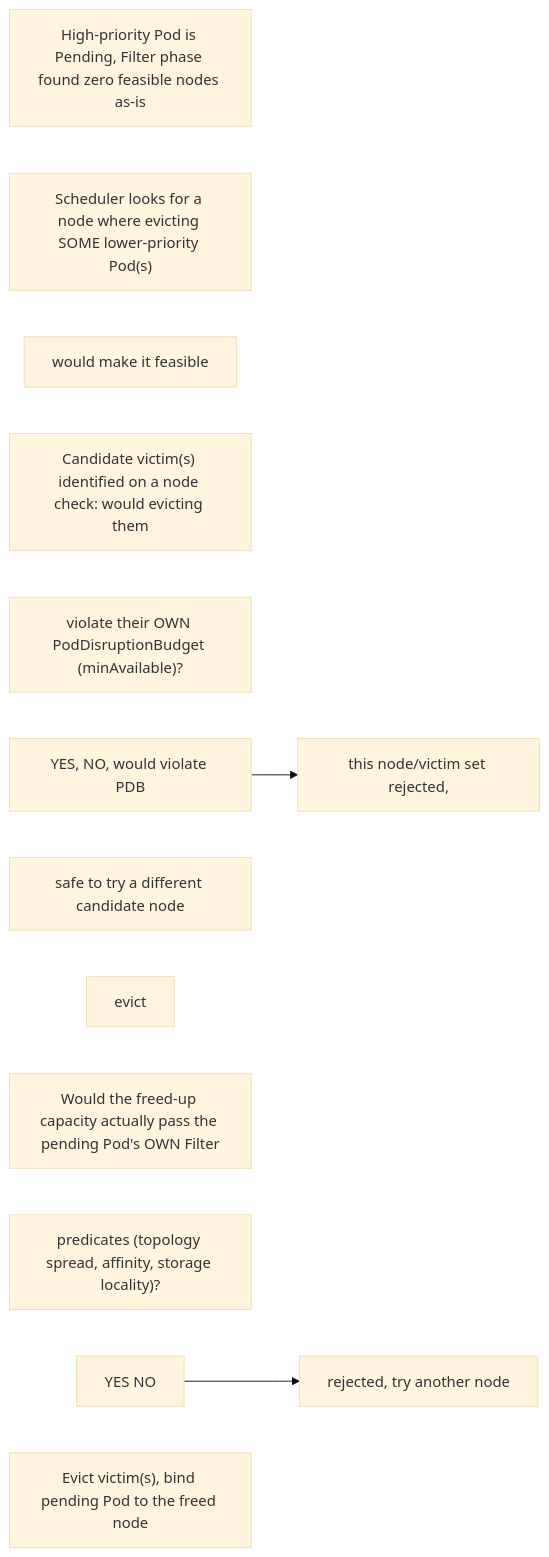
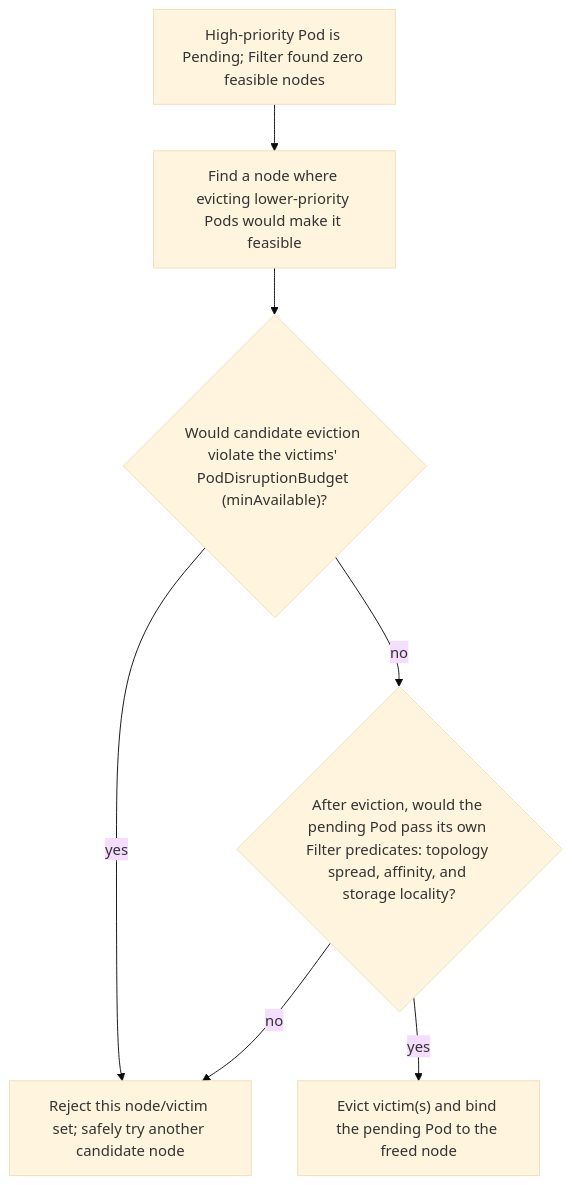
Before and after one commit to jithinpnjm/nvidia-devops: the diagram in docs/volume-03/12-senior-deep-dive-3-scheduling-framework-preemption-gang-topology-and-dra.md, drawn with Mermaid (base theme). The commit also changed other lines of this file and 99 other files, not shown here.

````diff
--- a/docs/volume-03/12-senior-deep-dive-3-scheduling-framework-preemption-gang-topology-and-dra.md
+++ b/docs/volume-03/12-senior-deep-dive-3-scheduling-framework-preemption-gang-topology-and-dra.md
@@ -35,20 +35,9 @@
 ```mermaid
-flowchart LR
-  %% Converted from the original ASCII diagram; source wording is preserved.
-  n0["High-priority Pod is Pending, Filter phase found zero feasible nodes as-is"]
-  n1["Scheduler looks for a node where evicting SOME lower-priority Pod(s)"]
-  n2["would make it feasible"]
-  n3["Candidate victim(s) identified on a node check: would evicting them"]
-  n4["violate their OWN PodDisruptionBudget (minAvailable)?"]
-  n5["YES, NO, would violate PDB"]
-  n6["this node/victim set rejected,"]
-  n7["safe to try a different candidate node"]
-  n8["evict"]
-  n9["Would the freed-up capacity actually pass the pending Pod's OWN Filter"]
-  n10["predicates (topology spread, affinity, storage locality)?"]
-  n11["YES NO"]
-  n12["rejected, try another node"]
-  n13["Evict victim(s), bind pending Pod to the freed node"]
-  n5 --> n6
-  n11 --> n12
+flowchart TD
+  Pending["High-priority Pod is Pending; Filter found zero feasible nodes"] --> Search["Find a node where evicting lower-priority Pods would make it feasible"]
+  Search --> PDB{"Would candidate eviction violate the victims' PodDisruptionBudget (minAvailable)?"}
+  PDB -->|"yes"| Reject["Reject this node/victim set; safely try another candidate node"]
+  PDB -->|"no"| Filters{"After eviction, would the pending Pod pass its own Filter predicates: topology spread, affinity, and storage locality?"}
+  Filters -->|"no"| Reject
+  Filters -->|"yes"| Evict["Evict victim(s) and bind the pending Pod to the freed node"]
 ```
````
